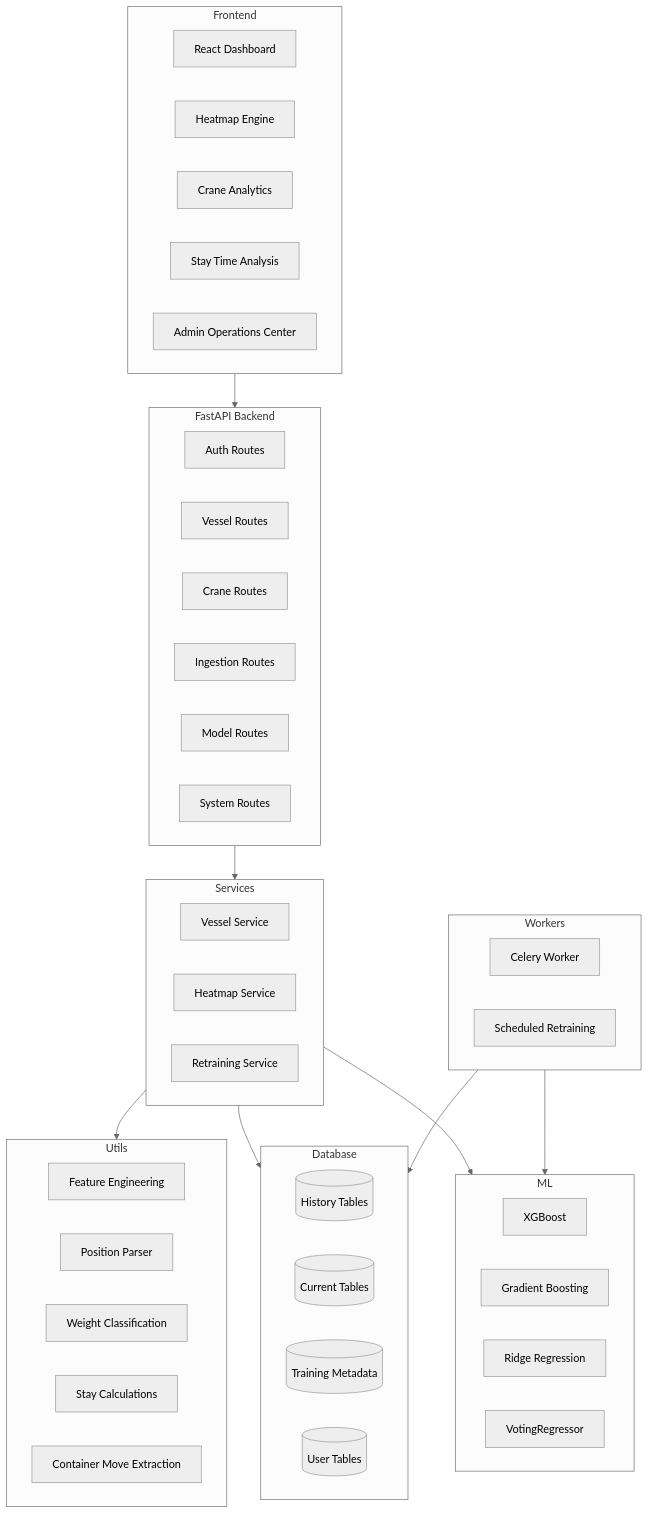
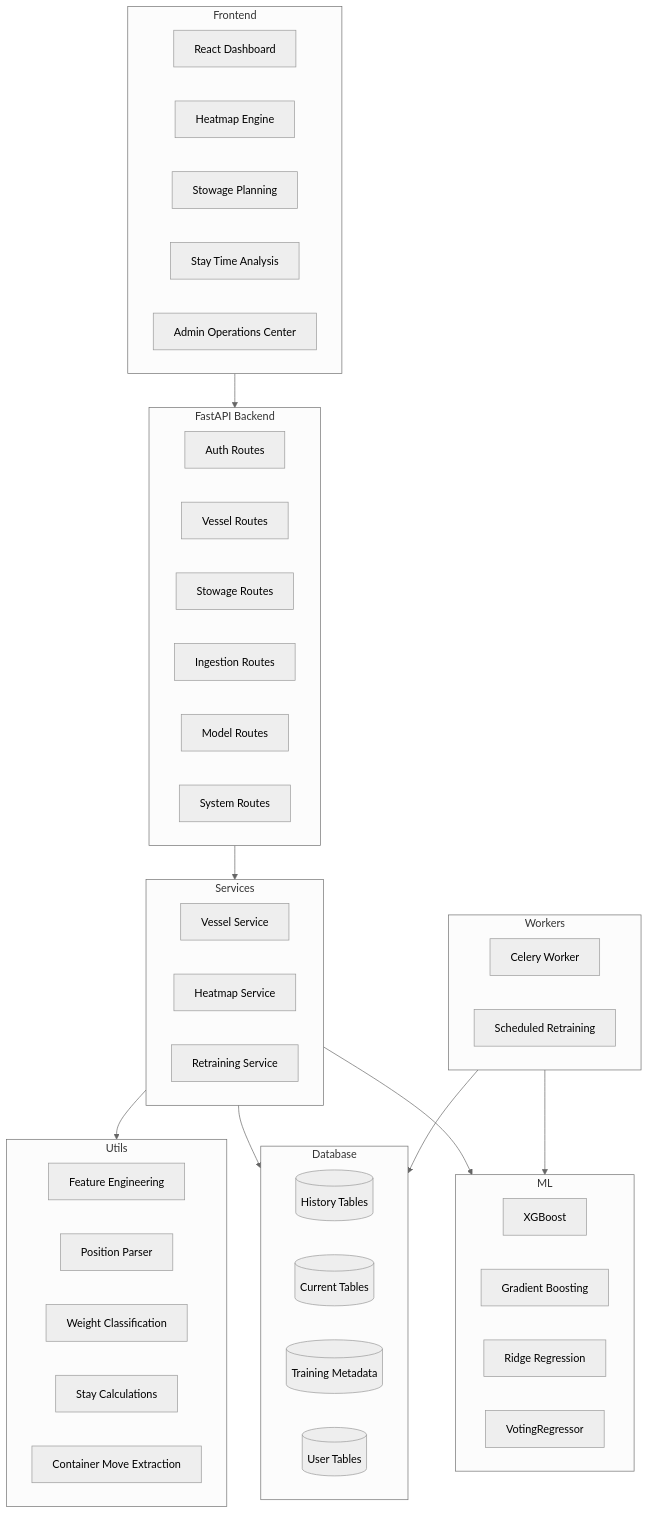
Before and after one commit to SHATHISH-07/port-system: the first of 8 diagrams in README.md, drawn with Mermaid (neutral theme). The commit also changed other lines of this file, not shown here.

````diff
--- a/README.md
+++ b/README.md
@@ -328,61 +334,61 @@
 ```mermaid
 graph TB
 
     subgraph Frontend
         A1[React Dashboard]
         A2[Heatmap Engine]
-        A3[Crane Analytics]
+        A3[Stowage Planning]
         A4[Stay Time Analysis]
         A5[Admin Operations Center]
     end
 
     subgraph API["FastAPI Backend"]
         B1[Auth Routes]
         B2[Vessel Routes]
-        B3[Crane Routes]
+        B3[Stowage Routes]
         B4[Ingestion Routes]
         B5[Model Routes]
         B6[System Routes]
     end
 
     subgraph Services
         C1[Vessel Service]
         C2[Heatmap Service]
         C3[Retraining Service]
     end
 
     subgraph Utils
         D1[Feature Engineering]
         D2[Position Parser]
         D3[Weight Classification]
         D4[Stay Calculations]
         D5[Container Move Extraction]
     end
 
     subgraph ML
         E1[XGBoost]
         E2[Gradient Boosting]
         E3[Ridge Regression]
         E4[VotingRegressor]
     end
 
     subgraph Database
         F1[(History Tables)]
         F2[(Current Tables)]
         F3[(Training Metadata)]
         F4[(User Tables)]
     end
 
     subgraph Workers
         G1[Celery Worker]
         G2[Scheduled Retraining]
     end
 
     Frontend --> API
     API --> Services
     Services --> Utils
     Services --> Database
     Services --> ML
     Workers --> ML
     Workers --> Database
 ```
````
